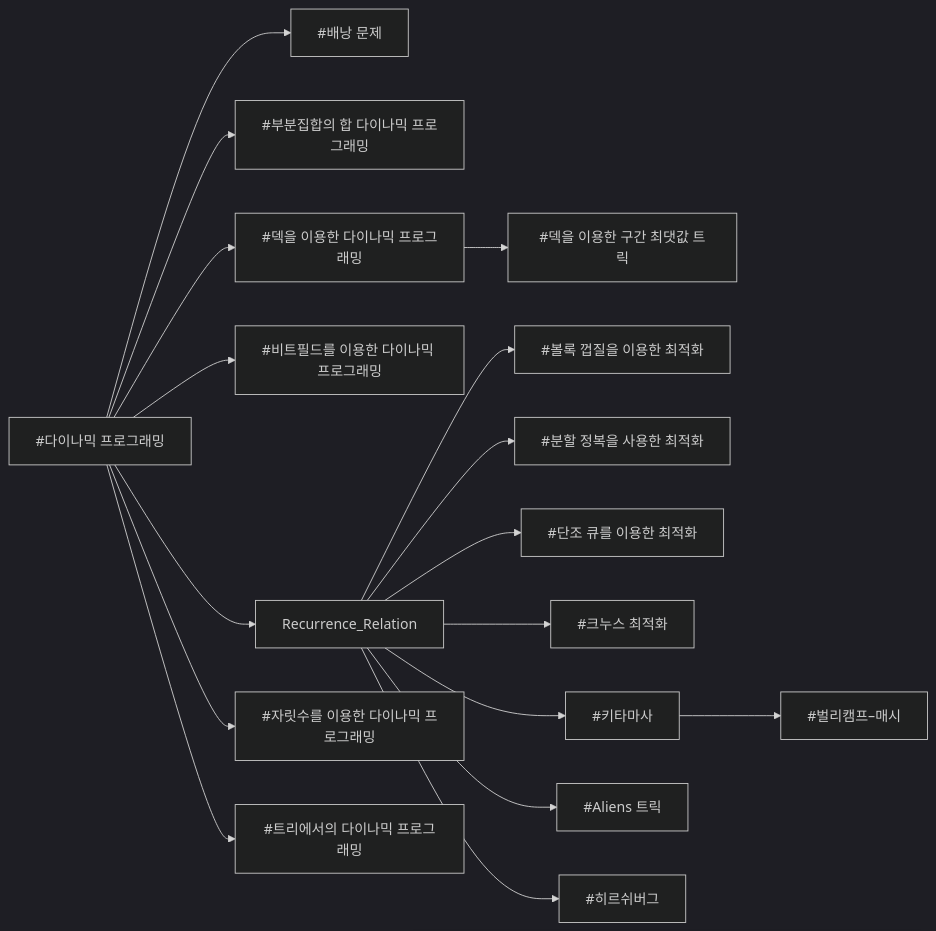
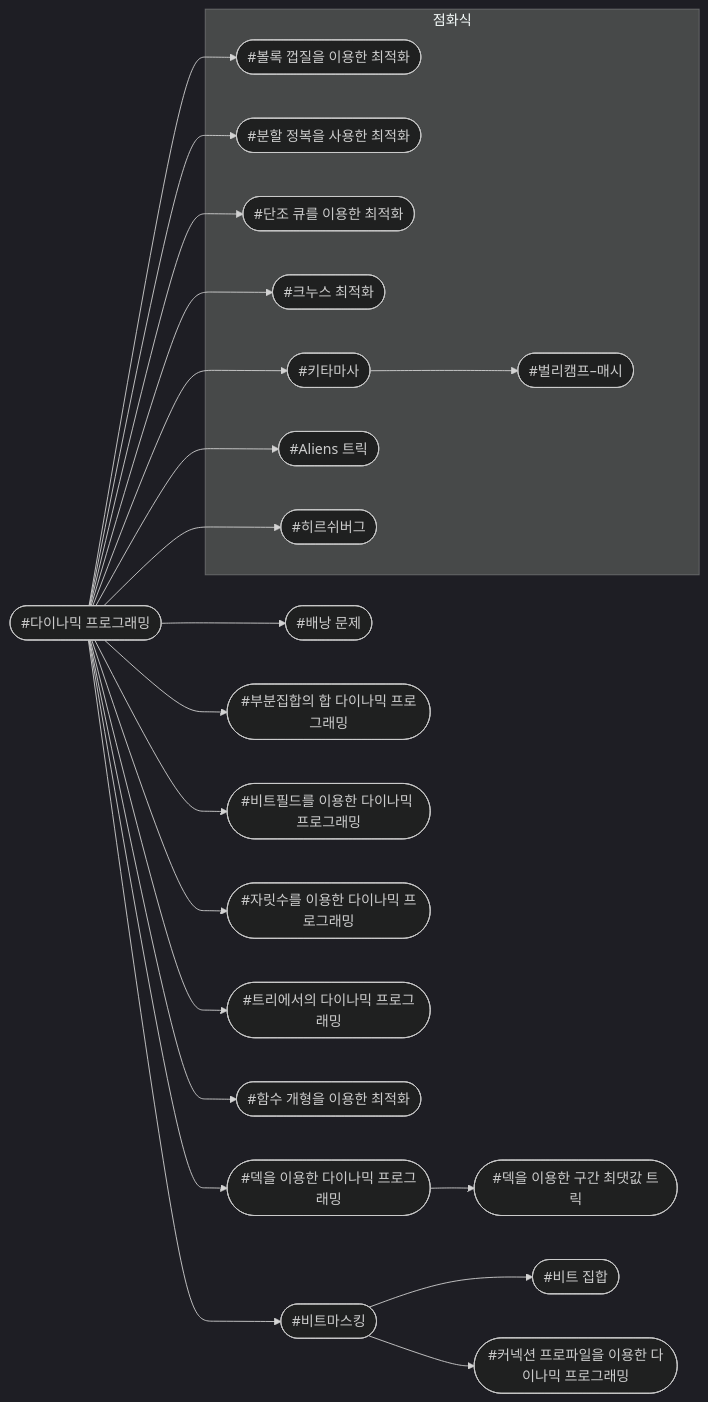
One commit to CHOYUNSIG/algorithm_with_boj changed the ninth of 12 diagrams in index.md. Above: the diagram before and after it, drawn with Mermaid (dark theme). The commit also changed other lines of this file and 1 other file, not shown here.

```diff
--- a/index.md
+++ b/index.md
@@ -361,37 +516,55 @@
 <pre class="mermaid">
     graph LR
 
     #dp --> #knapsack
     #dp --> #dp_sum_over_subsets
-    #dp --> Recurrence_Relation
     #dp --> #dp_bitfield
     #dp --> #dp_deque
     #dp --> #dp_digit
     #dp --> #dp_tree
+    #dp --> #bitmask
+    #dp --> #slope_trick
+    #dp --> #cht
+    #dp --> #divide_and_conquer_optimization
+    #dp --> #monotone_queue_optimization
+    #dp --> #knuth
+    #dp --> #kitamasa
+    #dp --> #alien
+    #dp --> #hirschberg
+    #kitamasa --> #berlekamp_massey
     #dp_deque --> #deque_trick
-    Recurrence_Relation --> #cht
-    Recurrence_Relation --> #divide_and_conquer_optimization
-    Recurrence_Relation --> #monotone_queue_optimization
-    Recurrence_Relation --> #knuth
-    Recurrence_Relation --> #kitamasa
-    Recurrence_Relation --> #alien
-    Recurrence_Relation --> #hirschberg
-    #kitamasa --> #berlekamp_massey
+    #bitmask --> #bitset
+    #bitmask --> #dp_connection_profile
 
-    #alien[#Aliens 트릭]
-    #dp[#다이나믹 프로그래밍]
-    #monotone_queue_optimization[#단조 큐를 이용한 최적화]
-    #deque_trick[#덱을 이용한 구간 최댓값 트릭]
-    #dp_deque[#덱을 이용한 다이나믹 프로그래밍]
-    #knapsack[#배낭 문제]
-    #berlekamp_massey[#벌리캠프–매시]
-    #cht[#볼록 껍질을 이용한 최적화]
-    #dp_sum_over_subsets[#부분집합의 합 다이나믹 프로그래밍]
-    #divide_and_conquer_optimization[#분할 정복을 사용한 최적화]
-    #dp_bitfield[#비트필드를 이용한 다이나믹 프로그래밍]
-    #dp_digit[#자릿수를 이용한 다이나믹 프로그래밍]
-    #knuth[#크누스 최적화]
-    #kitamasa[#키타마사]
-    #dp_tree[#트리에서의 다이나믹 프로그래밍]
-    #hirschberg[#히르쉬버그]
+    subgraph 점화식
+        #alien
+        #monotone_queue_optimization
+        #berlekamp_massey
+        #cht
+        #divide_and_conquer_optimization
+        #knuth
+        #kitamasa
+        #hirschberg
+    end
+
+    #alien(["#Aliens 트릭"])
+    #dp(["#다이나믹 프로그래밍"])
+    #monotone_queue_optimization(["#단조 큐를 이용한 최적화"])
+    #deque_trick(["#덱을 이용한 구간 최댓값 트릭"])
+    #dp_deque(["#덱을 이용한 다이나믹 프로그래밍"])
+    #knapsack(["#배낭 문제"])
+    #berlekamp_massey(["#벌리캠프–매시"])
+    #cht(["#볼록 껍질을 이용한 최적화"])
+    #dp_sum_over_subsets(["#부분집합의 합 다이나믹 프로그래밍"])
+    #divide_and_conquer_optimization(["#분할 정복을 사용한 최적화"])
+    #bitset(["#비트 집합"])
+    #bitmask(["#비트마스킹"])
+    #dp_bitfield(["#비트필드를 이용한 다이나믹 프로그래밍"])
+    #dp_digit(["#자릿수를 이용한 다이나믹 프로그래밍"])
+    #dp_connection_profile(["#커넥션 프로파일을 이용한 다이나믹 프로그래밍"])
+    #knuth(["#크누스 최적화"])
+    #kitamasa(["#키타마사"])
+    #dp_tree(["#트리에서의 다이나믹 프로그래밍"])
+    #slope_trick(["#함수 개형을 이용한 최적화"])
+    #hirschberg(["#히르쉬버그"])
 </pre>
```
